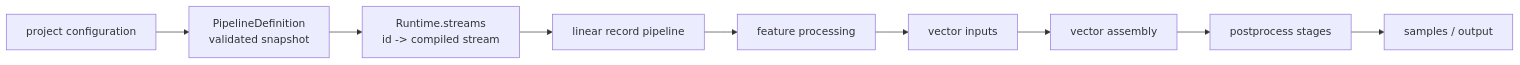
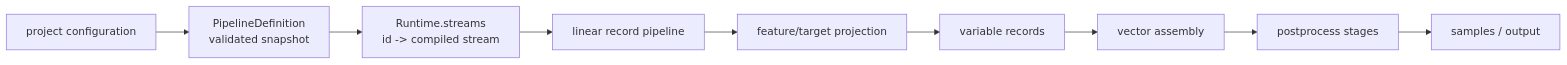
One commit to mr-lovalova/datapipeline changed the diagram in docs/architecture.md. Above: the diagram before and after it, drawn with Mermaid. The commit also changed other lines of this file and 97 other files, not shown here.

````diff
--- a/docs/architecture.md
+++ b/docs/architecture.md
@@ -34,9 +34,9 @@
 ```mermaid
 flowchart LR
   config["project configuration"] --> definition["PipelineDefinition<br/>validated snapshot"]
   definition --> runtime["Runtime.streams<br/>id -> compiled stream"]
   runtime --> records["linear record pipeline"]
-  records --> feature["feature processing"] --> inputs["vector inputs"]
+  records --> projection["feature/target projection"] --> inputs["variable records"]
   inputs --> vectors["vector assembly"] --> postprocess["postprocess stages"]
   postprocess --> output["samples / output"]
 ```
````
